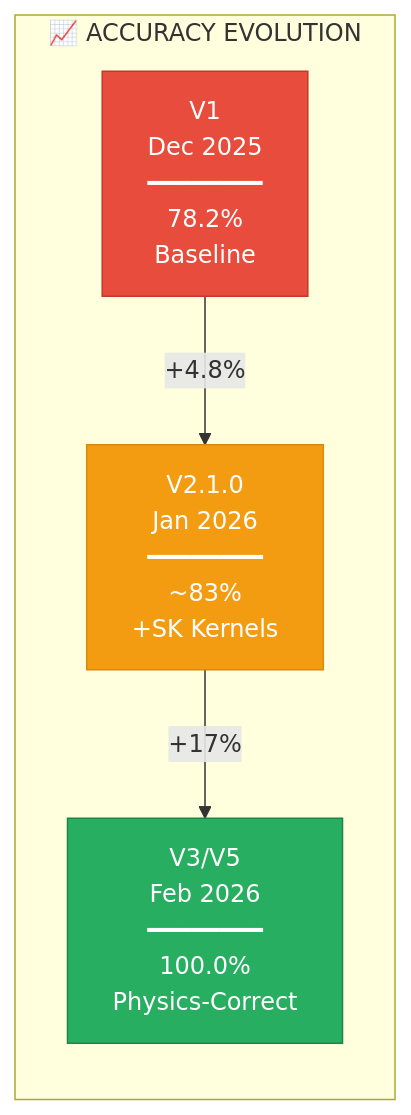
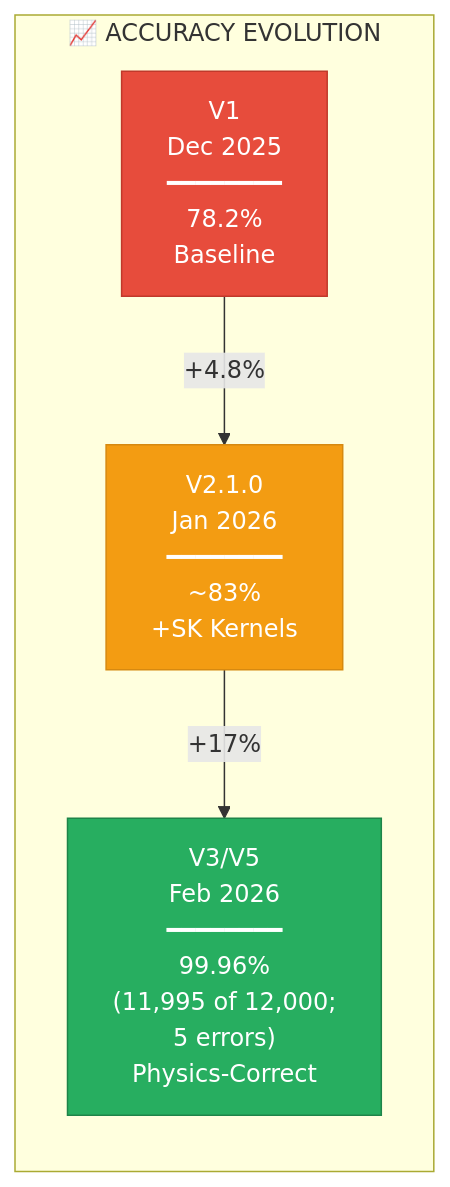
One commit to suniltyagi/SKANN-SSL changed the third of 11 diagrams in README.md. Above: the diagram before and after it, drawn with Mermaid. The commit also changed other lines of this file, not shown here.

````diff
--- a/README.md
+++ b/README.md
@@ -137,14 +115,14 @@
 ```mermaid
 graph LR
     subgraph Evolution["📈 ACCURACY EVOLUTION"]
         V1["V1<br/>Dec 2025<br/>━━━━━━━━<br/>78.2%<br/>Baseline"]
         V2["V2.1.0<br/>Jan 2026<br/>━━━━━━━━<br/>~83%<br/>+SK Kernels"]
-        V3["V3/V5<br/>Feb 2026<br/>━━━━━━━━<br/>100.0%<br/>Physics-Correct"]
+        V3["V3/V5<br/>Feb 2026<br/>━━━━━━━━<br/>99.96%<br/>(11,995 of 12,000;<br/>5 errors)<br/>Physics-Correct"]
     end
     
     V1 -->|"+4.8%"| V2 -->|"+17%"| V3
     
     style V1 fill:#e74c3c,stroke:#c0392b,color:#fff
     style V2 fill:#f39c12,stroke:#d68910,color:#fff
     style V3 fill:#27ae60,stroke:#1e8449,color:#fff
 ```
````
